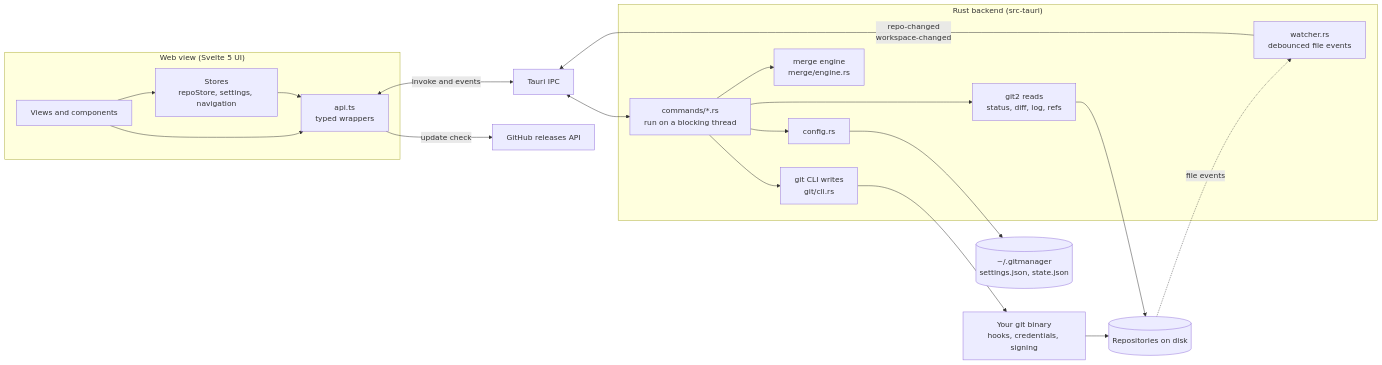
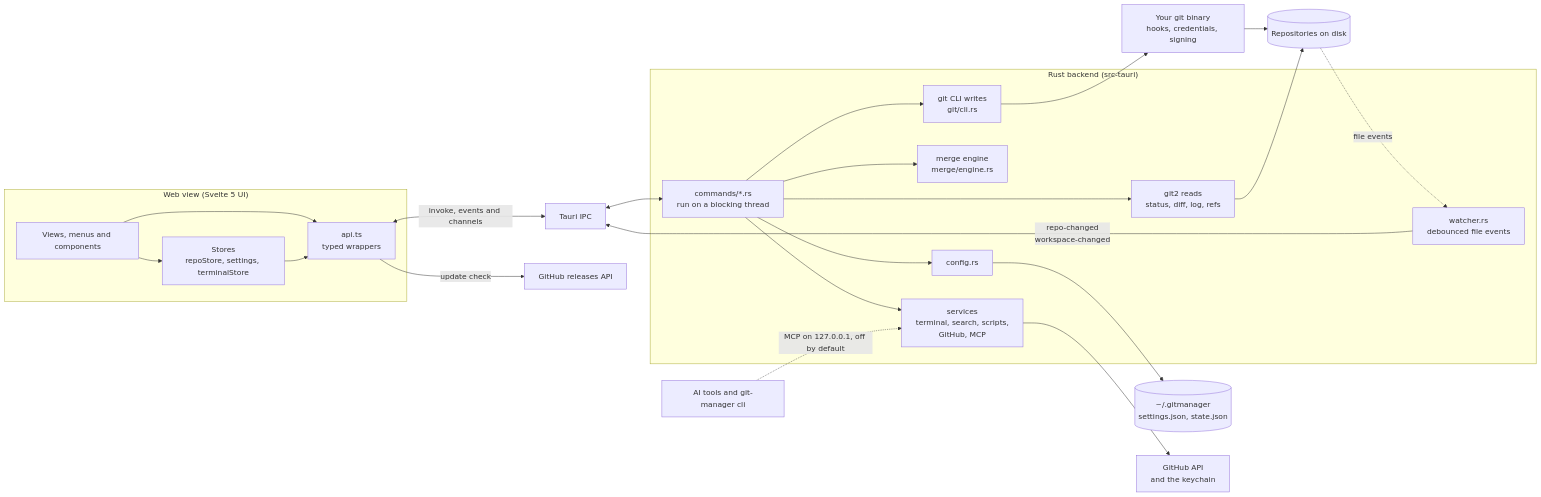
The first of 4 diagrams in docs/wiki/developer/Architecture.md (shibbirweb/git-manager), drawn with Mermaid before and after one commit. The commit also changed other lines of this file and 110 other files, not shown here.

````diff
--- a/docs/wiki/developer/Architecture.md
+++ b/docs/wiki/developer/Architecture.md
@@ -12,32 +12,36 @@
 ```mermaid
 flowchart LR
   subgraph Webview["Web view (Svelte 5 UI)"]
-    Views["Views and components"]
-    Stores["Stores<br/>repoStore, settings, navigation"]
+    Views["Views, menus and components"]
+    Stores["Stores<br/>repoStore, settings, terminalStore"]
     Api["api.ts<br/>typed wrappers"]
     Views --> Stores
     Views --> Api
     Stores --> Api
   end
-  Api <-->|"invoke and events"| Ipc["Tauri IPC"]
+  Api <-->|"invoke, events and channels"| Ipc["Tauri IPC"]
   subgraph Rust["Rust backend (src-tauri)"]
     Commands["commands/*.rs<br/>run on a blocking thread"]
     Reads["git2 reads<br/>status, diff, log, refs"]
     Writes["git CLI writes<br/>git/cli.rs"]
     Engine["merge engine<br/>merge/engine.rs"]
     Watcher["watcher.rs<br/>debounced file events"]
+    Services["services<br/>terminal, search, scripts,<br/>GitHub, MCP"]
     Config["config.rs"]
   end
   Ipc <--> Commands
   Commands --> Reads
   Commands --> Writes
   Commands --> Engine
+  Commands --> Services
   Commands --> Config
   Watcher -->|"repo-changed<br/>workspace-changed"| Ipc
   Reads --> Repo[("Repositories on disk")]
   Writes --> Git["Your git binary<br/>hooks, credentials, signing"]
   Git --> Repo
   Repo -. "file events" .-> Watcher
   Config --> Home[("~/.gitmanager<br/>settings.json, state.json")]
-  Api -->|"update check"| GitHub["GitHub releases API"]
+  Services --> GitHub["GitHub API<br/>and the keychain"]
+  Clients["AI tools and git-manager cli"] -. "MCP on 127.0.0.1, off by default" .-> Services
+  Api -->|"update check"| Releases["GitHub releases API"]
 ```
````
